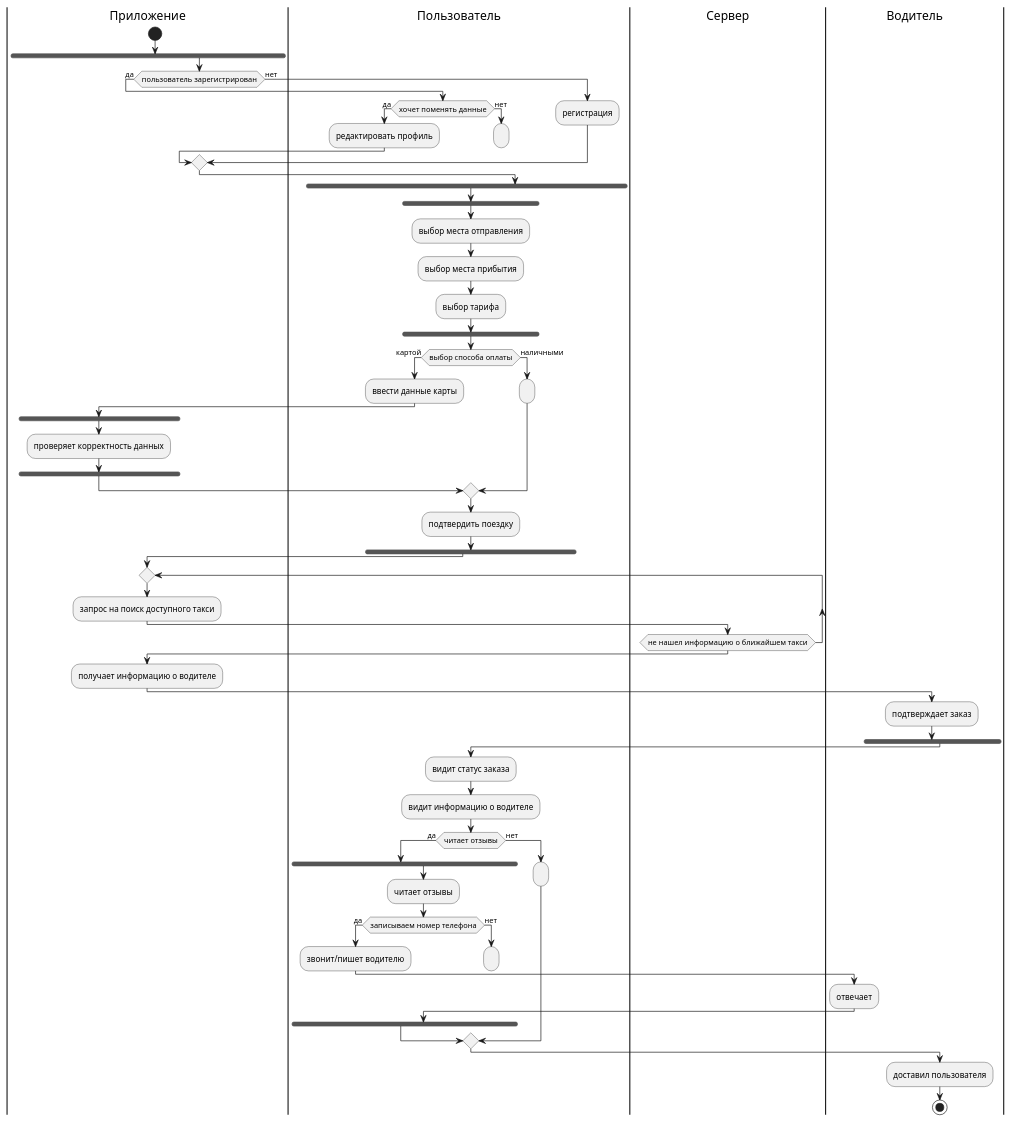
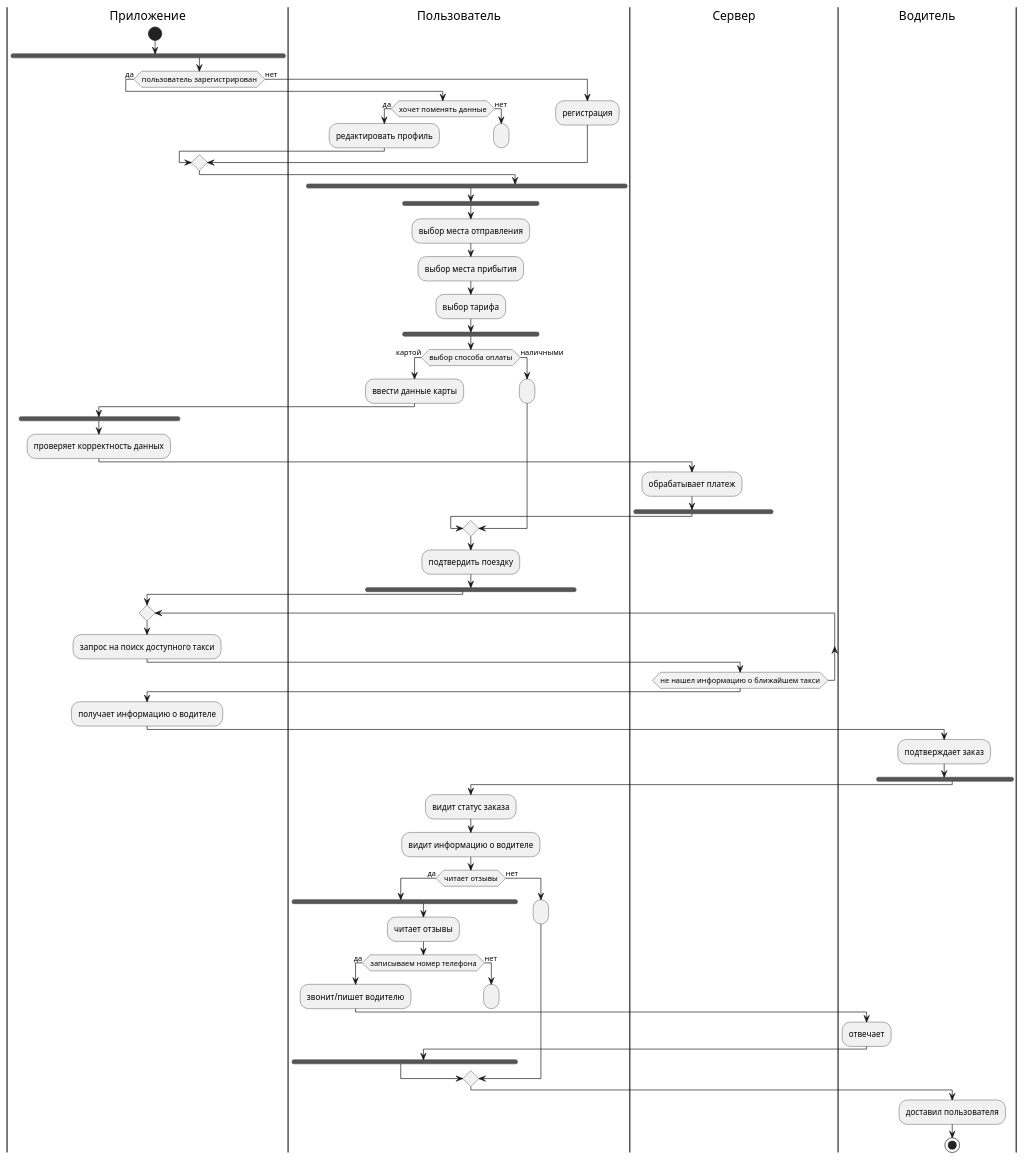
Before and after one commit to elviiron/aston_hw: the diagram in activity.plantuml, drawn with PlantUML.

```diff
--- a/activity.plantuml
+++ b/activity.plantuml
@@ -1,70 +1,72 @@
 @startuml
 |Приложение|
 start
 fork
 if (пользователь зарегистрирован) then (да)
   |Пользователь|
   if (хочет поменять данные) then (да)
     :редактировать профиль;
   else (нет)
     :;
     kill
   endif
 else (нет)
   :регистрация;
 endif
 end fork
 |Пользователь|
 fork
 :выбор места отправления;
 :выбор места прибытия;
 :выбор тарифа;
 end fork
 if (выбор способа оплаты) then (картой)
   :ввести данные карты;
   |Приложение|
   fork
   :проверяет корректность данных;
+  |Сервер|
+  :обрабатывает платеж;
   end fork
 |Пользователь|
 else (наличными)
   :;
 endif
 :подтвердить поездку;
 fork
 |Приложение|
 repeat
   :запрос на поиск доступного такси;
   |Сервер|
 repeat while (не нашел информацию о ближайшем такси)
 |Приложение|
 :получает информацию о водителе;
 |Водитель|
 :подтверждает заказ;
 end fork
 |Пользователь|
 :видит статус заказа;
 :видит информацию о водителе;
 if (читает отзывы) then (да)
     fork
     :читает отзывы;
     if (записываем номер телефона) then (да)
       |Пользователь|
       :звонит/пишет водителю;
       |Водитель|
       :отвечает;
       |Пользователь|
     else (нет)
       |Пользователь|
       :;
       kill
     endif
     end fork
   else (нет)
     |Пользователь|
     :;
   endif
 |Водитель|
 :доставил пользователя;
 stop
 @enduml
```
